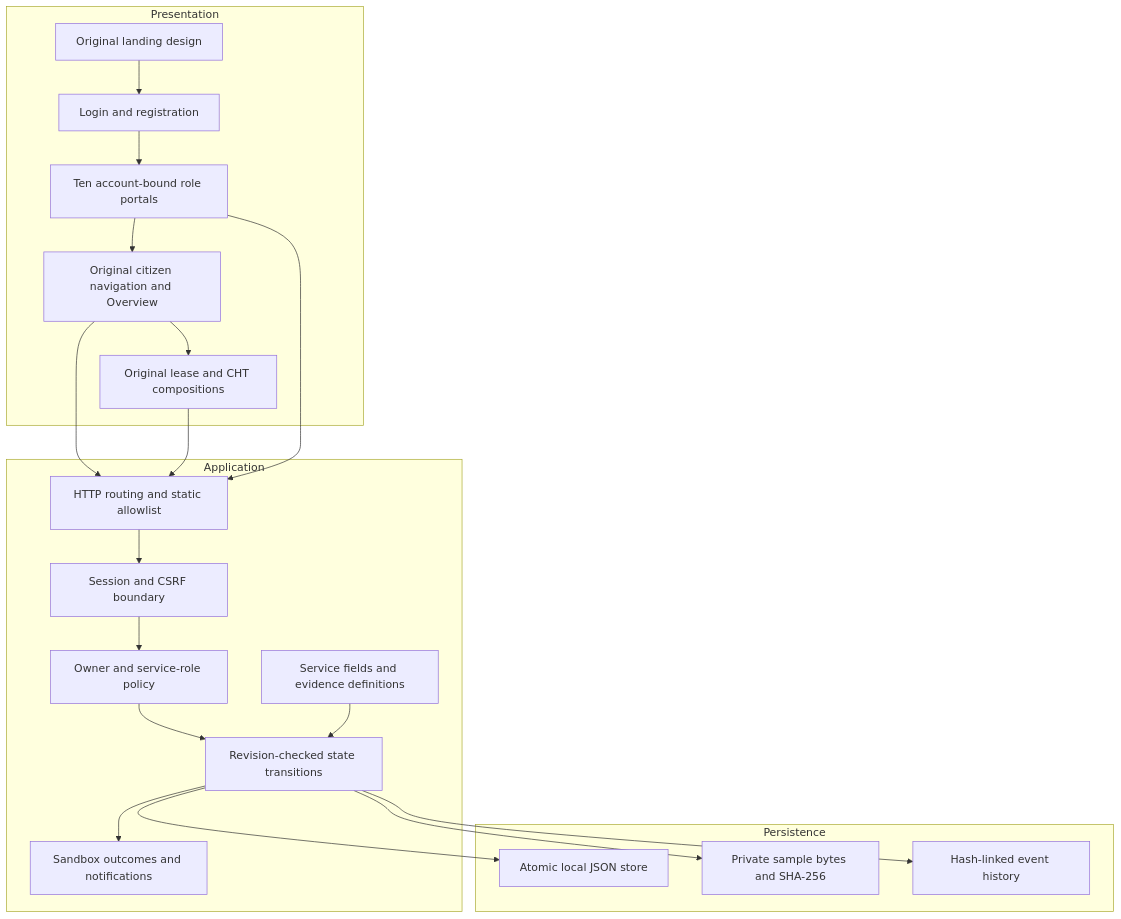
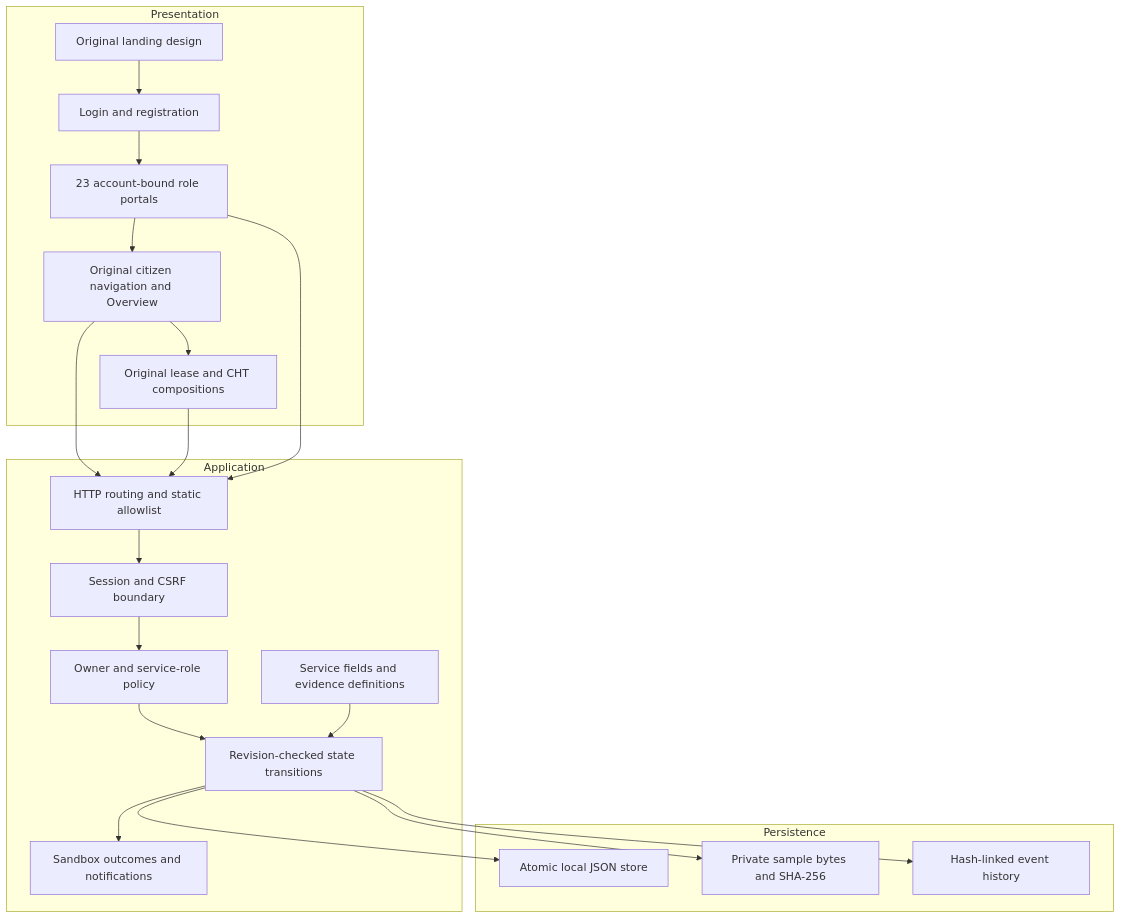
Before and after one commit to Shreyalien/E-Bhumi: the first of 2 diagrams in docs/ARCHITECTURE.md, drawn with Mermaid. The commit also changed other lines of this file and 47 other files, not shown here.

````diff
--- a/docs/ARCHITECTURE.md
+++ b/docs/ARCHITECTURE.md
@@ -5,35 +5,35 @@
 ```mermaid
 flowchart TB
     subgraph Presentation
         Landing[Original landing design]
         Auth[Login and registration]
         Citizen[Original citizen navigation and Overview]
         Regional[Original lease and CHT compositions]
-        Roles[Ten account-bound role portals]
+        Roles[23 account-bound role portals]
     end
     subgraph Application
         HTTP[HTTP routing and static allowlist]
         Session[Session and CSRF boundary]
         Access[Owner and service-role policy]
         Engine[Revision-checked state transitions]
         Catalog[Service fields and evidence definitions]
         Output[Sandbox outcomes and notifications]
     end
     subgraph Persistence
         Store[Atomic local JSON store]
         Evidence[Private sample bytes and SHA-256]
         Audit[Hash-linked event history]
     end
     Landing --> Auth --> Roles
     Roles --> Citizen
     Citizen --> Regional
     Citizen --> HTTP
     Regional --> HTTP
     Roles --> HTTP
     HTTP --> Session --> Access --> Engine
     Catalog --> Engine
     Engine --> Store
     Engine --> Evidence
     Engine --> Audit
     Engine --> Output
 ```
````
